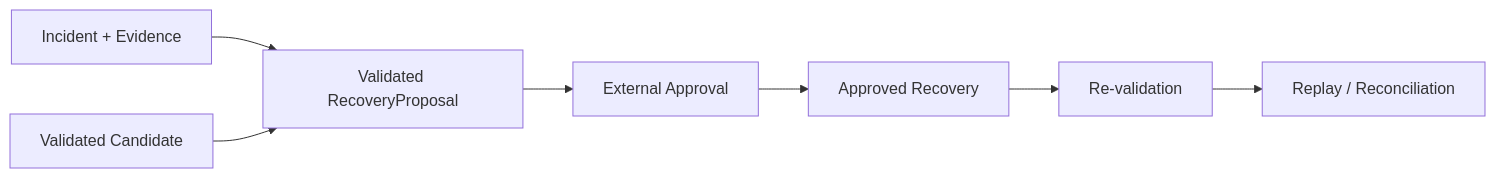
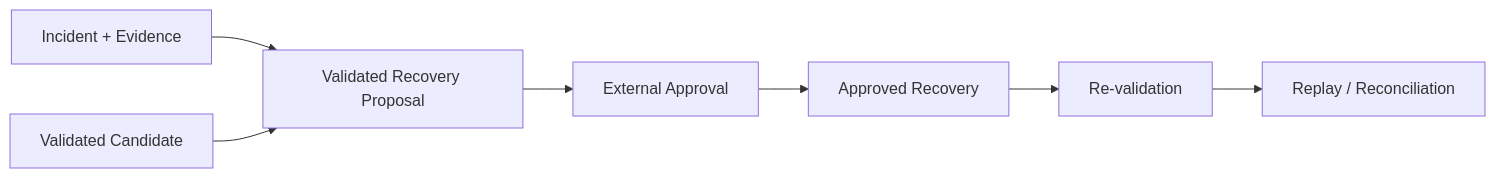
One commit to mols3131d/hmda-data-reliability changed the second of 2 diagrams in docs/domains/reliability.md. Above: the diagram before and after it, drawn with Mermaid. The commit also changed other lines of this file and 1 other file, not shown here.

Commit message:
docs: recovery proposal contract 구분

````diff
--- a/docs/domains/reliability.md
+++ b/docs/domains/reliability.md
@@ -35,9 +35,9 @@
 ```mermaid
 flowchart LR
-    incident["Incident + Evidence"] --> proposal["Validated RecoveryProposal"]
+    incident["Incident + Evidence"] --> proposal["Validated Recovery Proposal"]
     candidate["Validated Candidate"] --> proposal
     proposal --> approval["External Approval"]
     approval --> recovery["Approved Recovery"]
     recovery --> verify["Re-validation"]
     verify --> replay["Replay / Reconciliation"]
 ```
````
